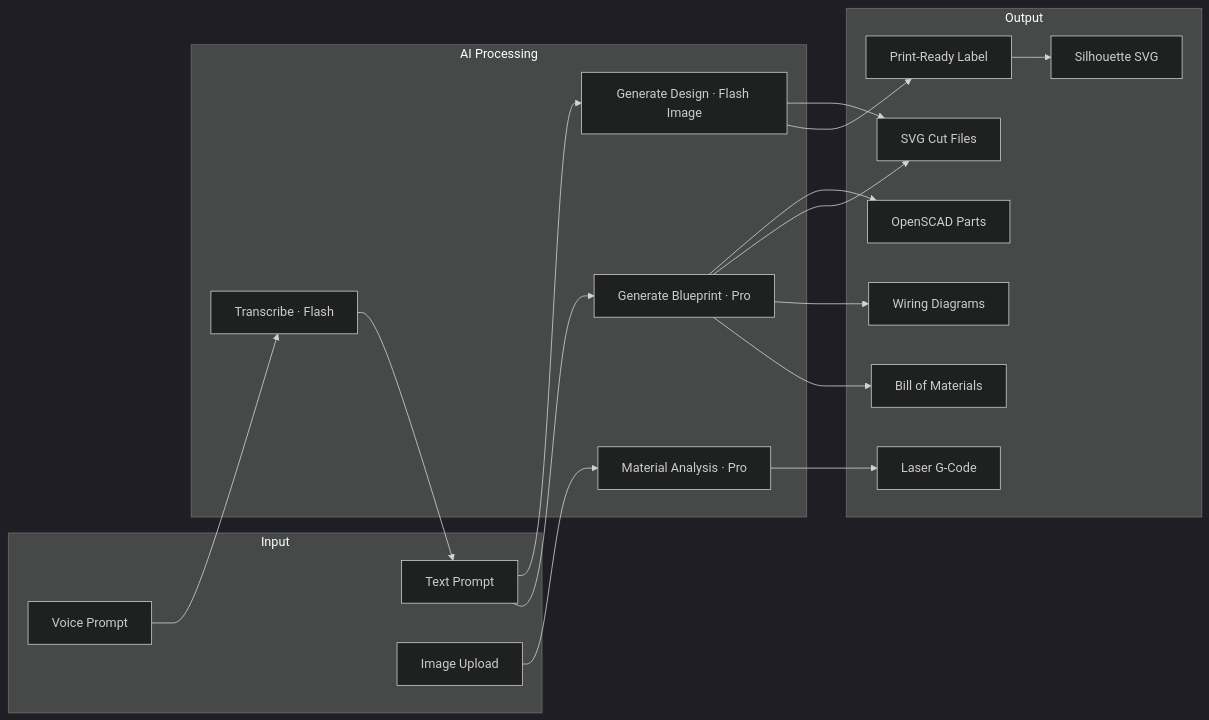
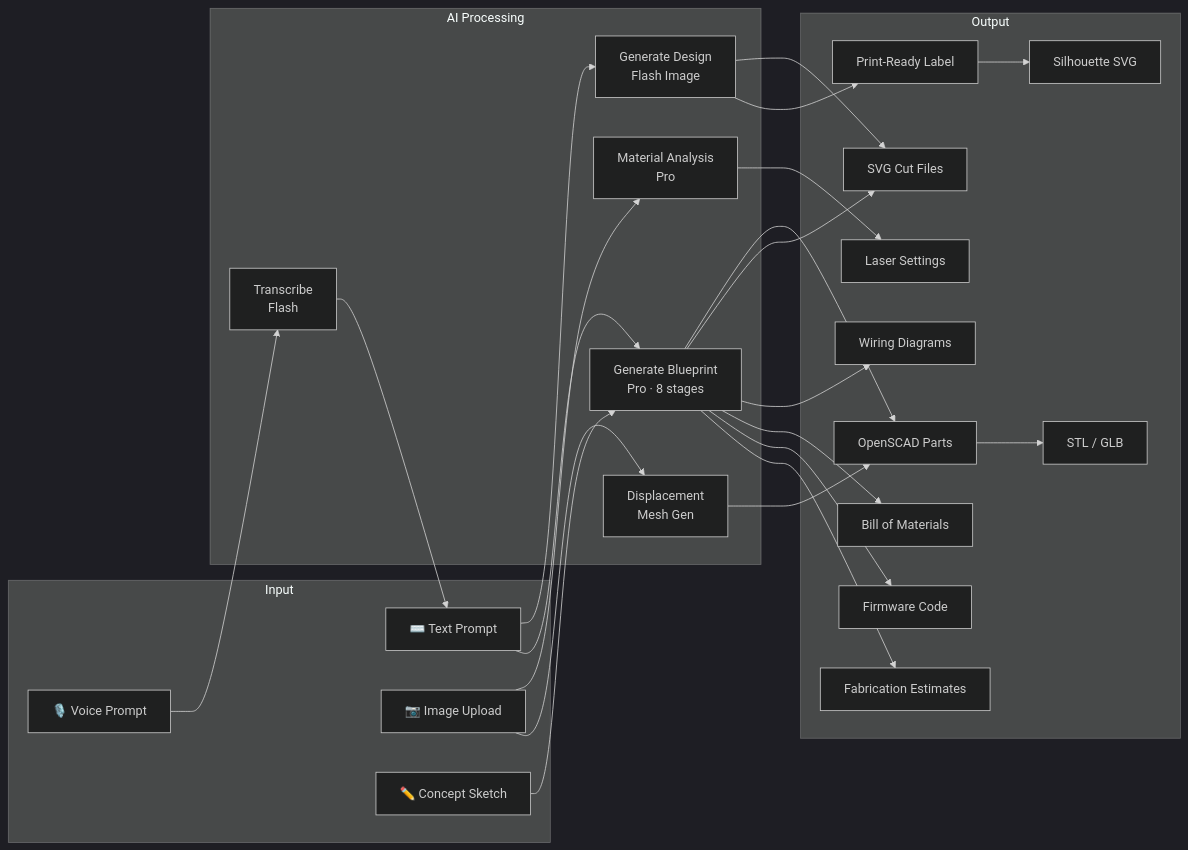
The second of 3 diagrams in README.md (danieljtrujillo/substrata-by-gantasmo), drawn with Mermaid (dark theme) before and after one commit. The commit also changed other lines of this file and 16 other files, not shown here.

Commit message:
docs: comprehensive README overhaul with 14 screenshots, full feature inventory, architecture diagrams, and export reference

````diff
--- a/README.md
+++ b/README.md
@@ -220,35 +384,46 @@
 ```mermaid
 graph LR
     subgraph Input
-        Voice["Voice Prompt"]
-        Text["Text Prompt"]
-        Image["Image Upload"]
+        Voice["🎙️ Voice Prompt"]
+        Text["⌨️ Text Prompt"]
+        Image["📷 Image Upload"]
+        Sketch["✏️ Concept Sketch"]
     end
     subgraph Processing["AI Processing"]
-        Transcribe["Transcribe · Flash"]
-        Generate["Generate Design · Flash Image"]
-        Blueprint["Generate Blueprint · Pro"]
-        Analyze["Material Analysis · Pro"]
+        Transcribe["Transcribe<br/>Flash"]
+        Generate["Generate Design<br/>Flash Image"]
+        Blueprint["Generate Blueprint<br/>Pro · 8 stages"]
+        Analyze["Material Analysis<br/>Pro"]
+        Displace["Displacement<br/>Mesh Gen"]
     end
     subgraph Output
         SCAD["OpenSCAD Parts"]
         SVG["SVG Cut Files"]
         WIRE["Wiring Diagrams"]
         BOM["Bill of Materials"]
+        CODE["Firmware Code"]
+        STL["STL / GLB"]
         LABEL["Print-Ready Label"]
         CUT["Silhouette SVG"]
-        GCODE["Laser G-Code"]
+        GCODE["Laser Settings"]
+        EST["Fabrication Estimates"]
     end
     Voice --> Transcribe --> Text
     Text --> Generate
     Text --> Blueprint
     Image --> Analyze
+    Image --> Displace
+    Sketch --> Blueprint
     Generate --> SVG
     Generate --> LABEL
     Blueprint --> SCAD
     Blueprint --> SVG
     Blueprint --> WIRE
     Blueprint --> BOM
+    Blueprint --> CODE
+    Blueprint --> EST
+    SCAD --> STL
     LABEL --> CUT
     Analyze --> GCODE
+    Displace --> SCAD
 ```
````
